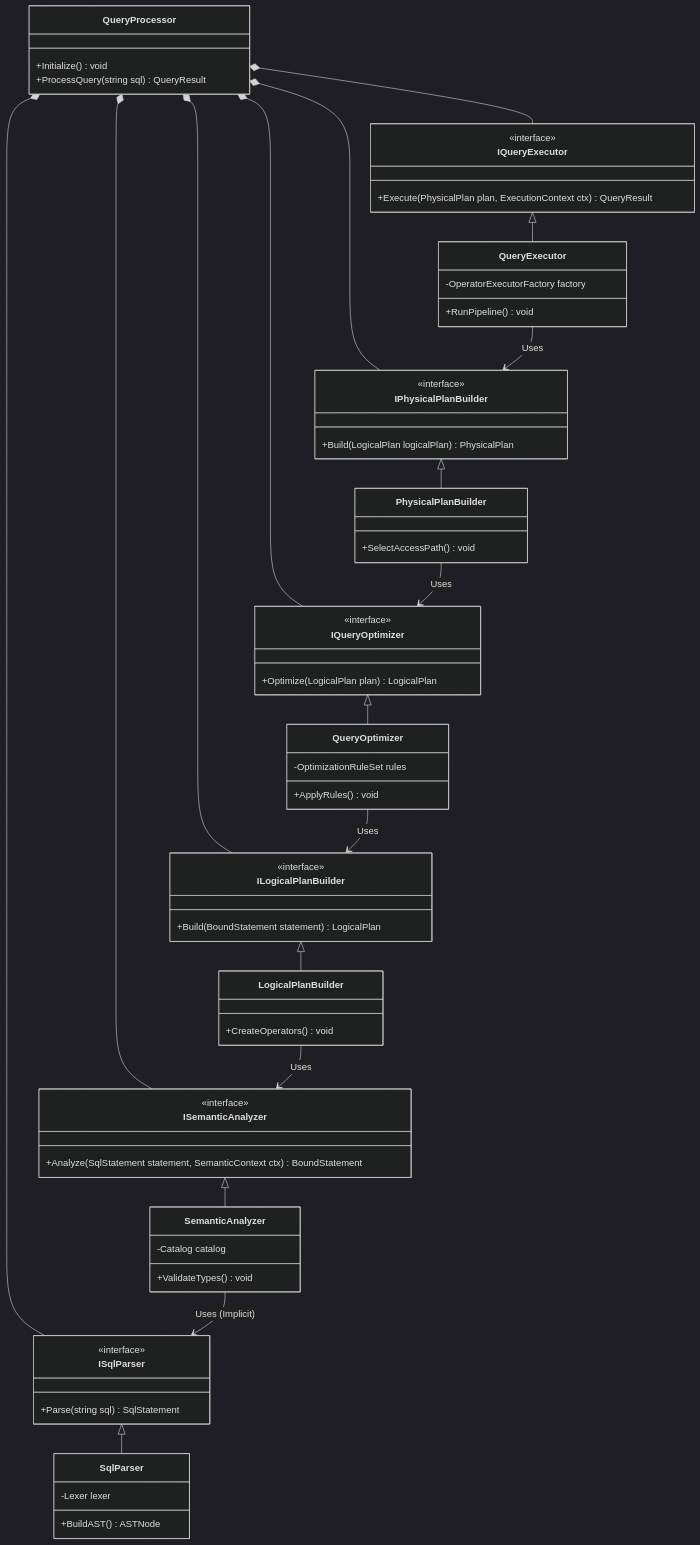
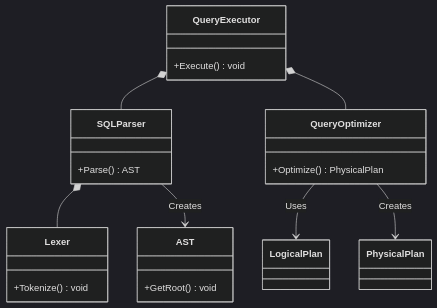
One commit to manaxpow/DBMS changed the third of 11 diagrams in README.md. Above: the diagram before and after it, drawn with Mermaid (dark theme). The commit also changed other lines of this file and 147 other files, not shown here.

````diff
--- a/README.md
+++ b/README.md
@@ -221,81 +107,30 @@
 ```mermaid
 classDiagram
     direction TB
-
-    class QueryProcessor {
-        +Initialize() void
-        +ProcessQuery(string sql) QueryResult
+    class QueryExecutor {
+        +Execute() void
+    }
+    class SQLParser {
+        +Parse() AST
+    }
+    class Lexer {
+        +Tokenize() void
+    }
+    class AST {
+        +GetRoot() void
+    }
+    class QueryOptimizer {
+        +Optimize() PhysicalPlan
+    }
+    class LogicalPlan {
+    }
+    class PhysicalPlan {
     }
 
-    class ISqlParser {
-        <<interface>>
-        +Parse(string sql) SqlStatement
-    }
-    class SqlParser {
-        -Lexer lexer
-        +BuildAST() ASTNode
-    }
-
-    class ISemanticAnalyzer {
-        <<interface>>
-        +Analyze(SqlStatement statement, SemanticContext ctx) BoundStatement
-    }
-    class SemanticAnalyzer {
-        -Catalog catalog
-        +ValidateTypes() void
-    }
-
-    class ILogicalPlanBuilder {
-        <<interface>>
-        +Build(BoundStatement statement) LogicalPlan
-    }
-    class LogicalPlanBuilder {
-        +CreateOperators() void
-    }
-
-    class IQueryOptimizer {
-        <<interface>>
-        +Optimize(LogicalPlan plan) LogicalPlan
-    }
-    class QueryOptimizer {
-        -OptimizationRuleSet rules
-        +ApplyRules() void
-    }
-
-    class IPhysicalPlanBuilder {
-        <<interface>>
-        +Build(LogicalPlan logicalPlan) PhysicalPlan
-    }
-    class PhysicalPlanBuilder {
-        +SelectAccessPath() void
-    }
-
-    class IQueryExecutor {
-        <<interface>>
-        +Execute(PhysicalPlan plan, ExecutionContext ctx) QueryResult
-    }
-    class QueryExecutor {
-        -OperatorExecutorFactory factory
-        +RunPipeline() void
-    }
-
-    ISqlParser <|-- SqlParser
-    ISemanticAnalyzer <|-- SemanticAnalyzer
-    ILogicalPlanBuilder <|-- LogicalPlanBuilder
-    IQueryOptimizer <|-- QueryOptimizer
-    IPhysicalPlanBuilder <|-- PhysicalPlanBuilder
-    IQueryExecutor <|-- QueryExecutor
-
-    QueryProcessor *-- ISqlParser
-    QueryProcessor *-- ISemanticAnalyzer
-    QueryProcessor *-- ILogicalPlanBuilder
-    QueryProcessor *-- IQueryOptimizer
-    QueryProcessor *-- IPhysicalPlanBuilder
-    QueryProcessor *-- IQueryExecutor
-
-    SemanticAnalyzer --> ISqlParser : Uses (Implicit)
-    LogicalPlanBuilder --> ISemanticAnalyzer : Uses
-    QueryOptimizer --> ILogicalPlanBuilder : Uses
-    PhysicalPlanBuilder --> IQueryOptimizer : Uses
-    QueryExecutor --> IPhysicalPlanBuilder : Uses
+    QueryExecutor *-- SQLParser
+    QueryExecutor *-- QueryOptimizer
+    SQLParser *-- Lexer
+    SQLParser --> AST : Creates
+    QueryOptimizer --> LogicalPlan : Uses
+    QueryOptimizer --> PhysicalPlan : Creates
 ```
````
